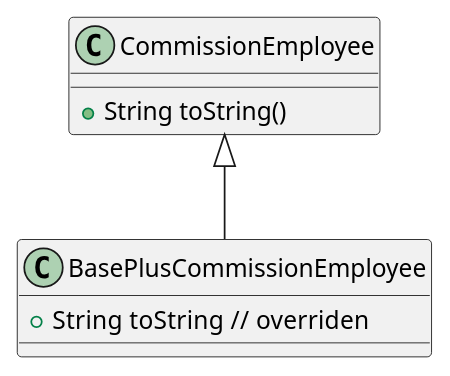
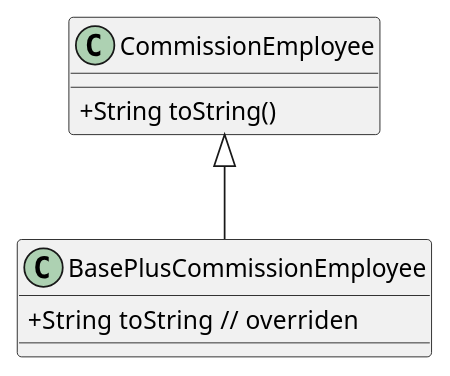
One commit to rewls/rewls.github.io changed the fifth of 11 diagrams in docs/02-school-lecture/06-java-programming/ch10-object-oriented-programming-polymorphism-and-interface.md. Above: the diagram before and after it, drawn with PlantUML. The commit also changed other lines of this file and 11 other files, not shown here.

```diff
--- a/docs/02-school-lecture/06-java-programming/ch10-object-oriented-programming-polymorphism-and-interface.md
+++ b/docs/02-school-lecture/06-java-programming/ch10-object-oriented-programming-polymorphism-and-interface.md
@@ -222,10 +224,11 @@
-@startuml 10-class-diagram-4
+@startuml 10-class-diagram-5
+skinparam classAttributeIconSize 0
 class CommissionEmployee {
 	+ String toString()
 }
 class BasePlusCommissionEmployee {
 	+ String toString  // overriden
 }
 
 BasePlusCommissionEmployee -u-|> CommissionEmployee
 @enduml
```
